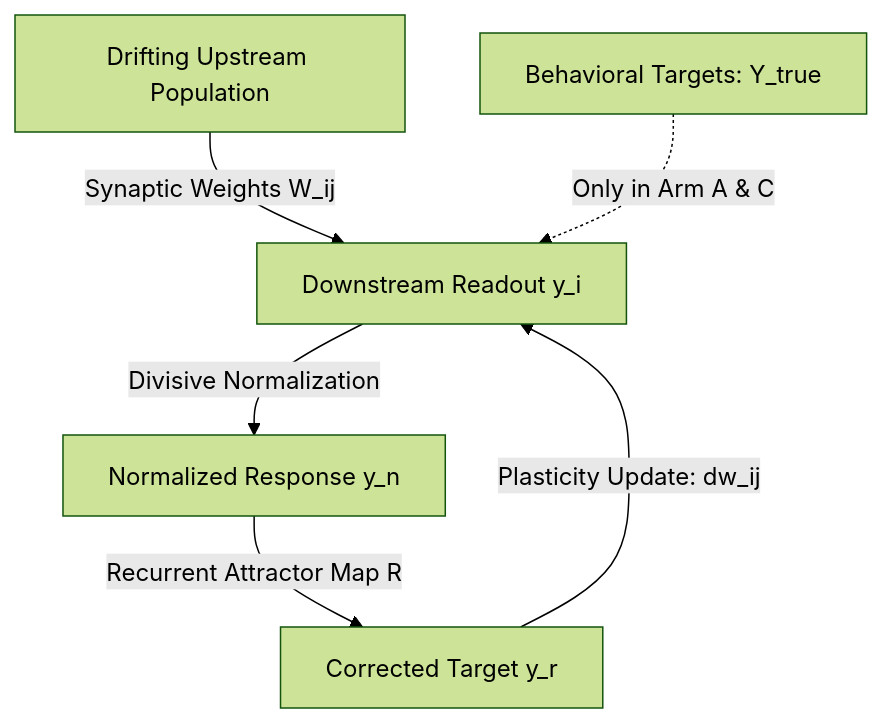
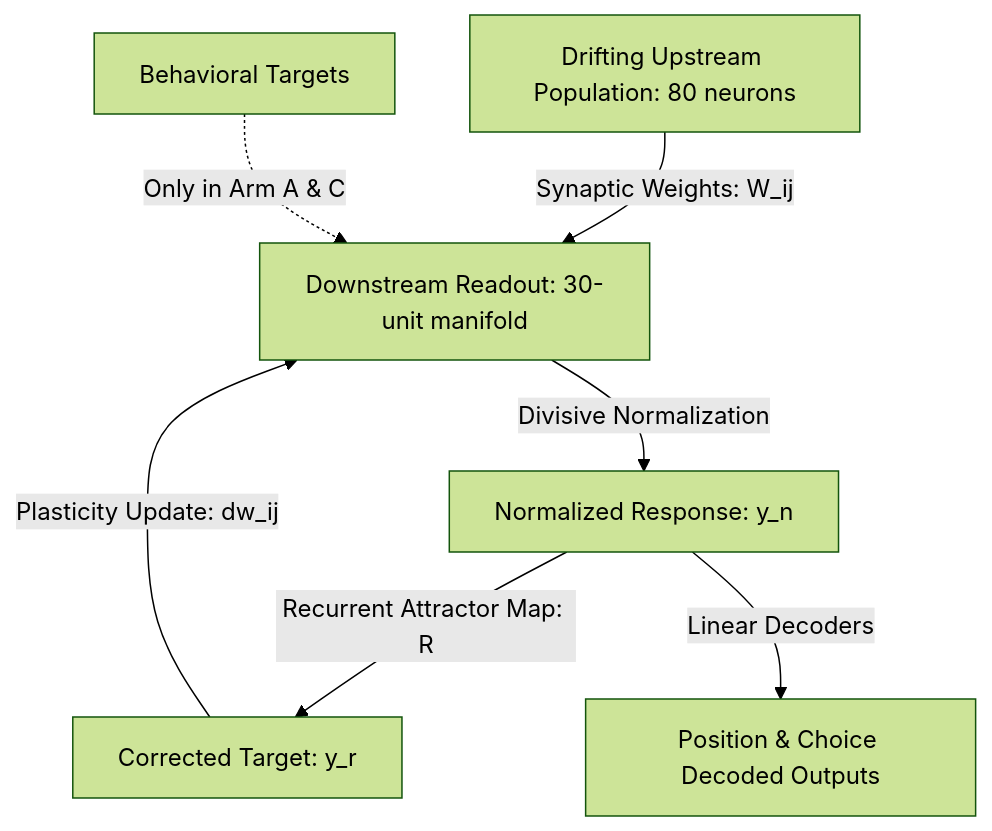
Before and after one commit to Maha-Strategies/research-journal: the first of 2 diagrams in content/papers/readout_plasticity_paper.mdx, drawn with Mermaid (forest theme). The commit also changed other lines of this file, not shown here.

````diff
--- a/content/papers/readout_plasticity_paper.mdx
+++ b/content/papers/readout_plasticity_paper.mdx
@@ -25,8 +29,9 @@
 ```mermaid
 graph TD
-    A[Drifting Upstream Population] -->|Synaptic Weights W_ij| B[Downstream Readout y_i]
-    B -->|Divisive Normalization| C[Normalized Response y_n]
-    C -->|Recurrent Attractor Map R| D[Corrected Target y_r]
+    A[Drifting Upstream Population: 80 neurons] -->|Synaptic Weights: W_ij| B[Downstream Readout: 30-unit manifold]
+    B -->|Divisive Normalization| C[Normalized Response: y_n]
+    C -->|Recurrent Attractor Map: R| D[Corrected Target: y_r]
     D -->|Plasticity Update: dw_ij| B
-    E[Behavioral Targets: Y_true] -.->|Only in Arm A & C| B
+    E[Behavioral Targets] -.->|Only in Arm A & C| B
+    C -->|Linear Decoders| F[Position & Choice Decoded Outputs]
 ```
````
